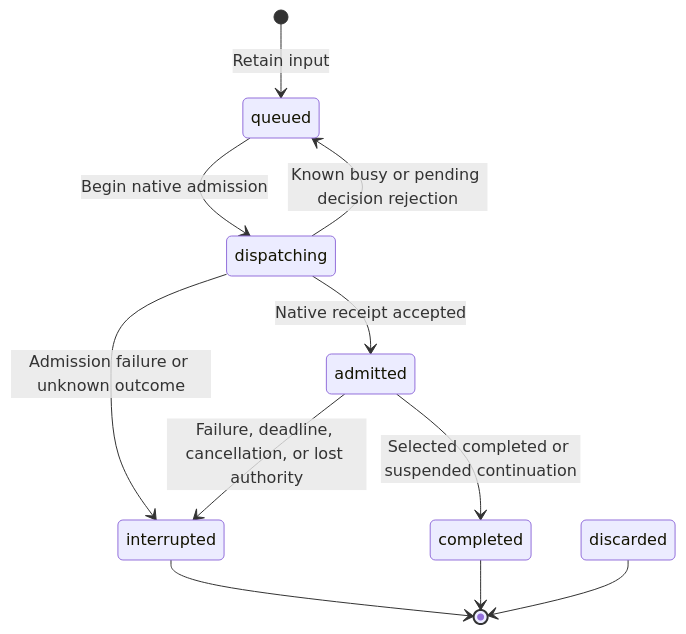
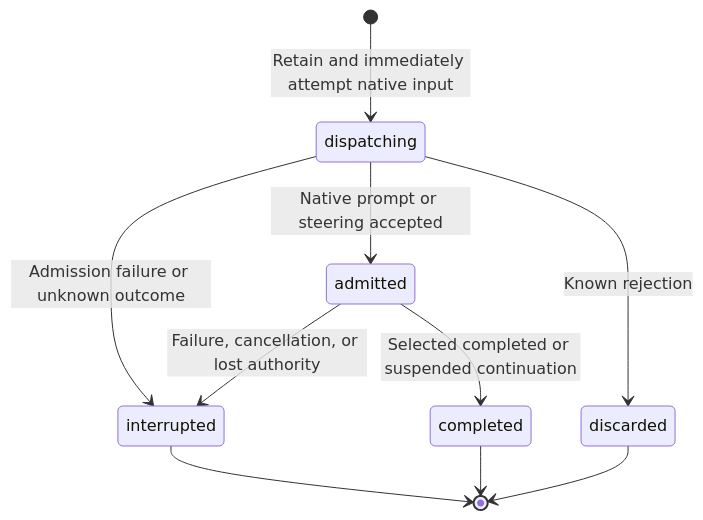
One commit to converge-ai-labs/agent-foundation changed the diagram in spec/a13n-harness-ui/12-bot-and-connector-ingress.md. Above: the diagram before and after it, drawn with Mermaid. The commit also changed other lines of this file and 18 other files, not shown here.

````diff
--- a/spec/a13n-harness-ui/12-bot-and-connector-ingress.md
+++ b/spec/a13n-harness-ui/12-bot-and-connector-ingress.md
@@ -60,13 +61,12 @@
 ```mermaid
 stateDiagram-v2
-    [*] --> queued: Retain input
-    queued --> dispatching: Begin native admission
-    dispatching --> admitted: Native receipt accepted
-    dispatching --> queued: Known busy or pending decision rejection
+    [*] --> dispatching: Retain and immediately attempt native input
+    dispatching --> admitted: Native prompt or steering accepted
+    dispatching --> discarded: Known rejection
     dispatching --> interrupted: Admission failure or unknown outcome
     admitted --> completed: Selected completed or suspended continuation
-    admitted --> interrupted: Failure, deadline, cancellation, or lost authority
+    admitted --> interrupted: Failure, cancellation, or lost authority
     interrupted --> [*]
     completed --> [*]
     discarded --> [*]
 ```
````
